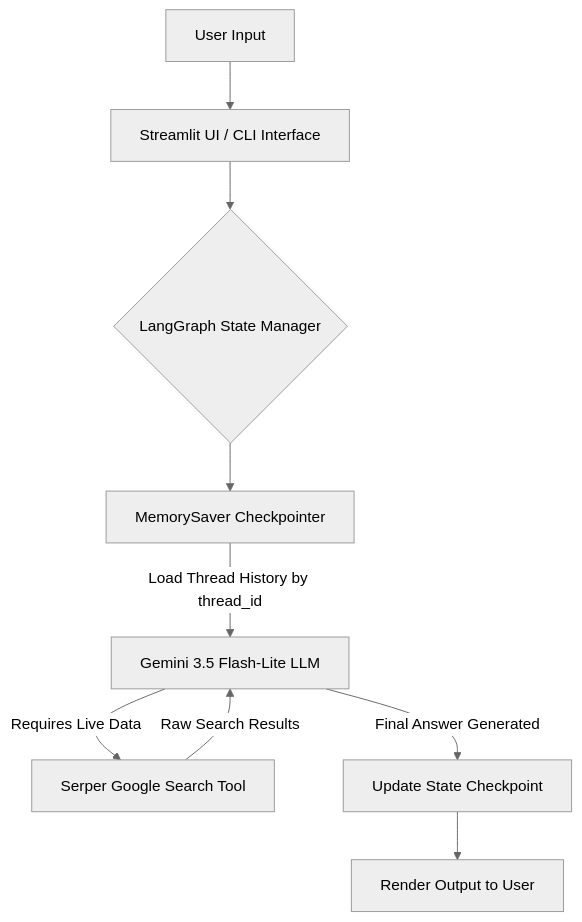
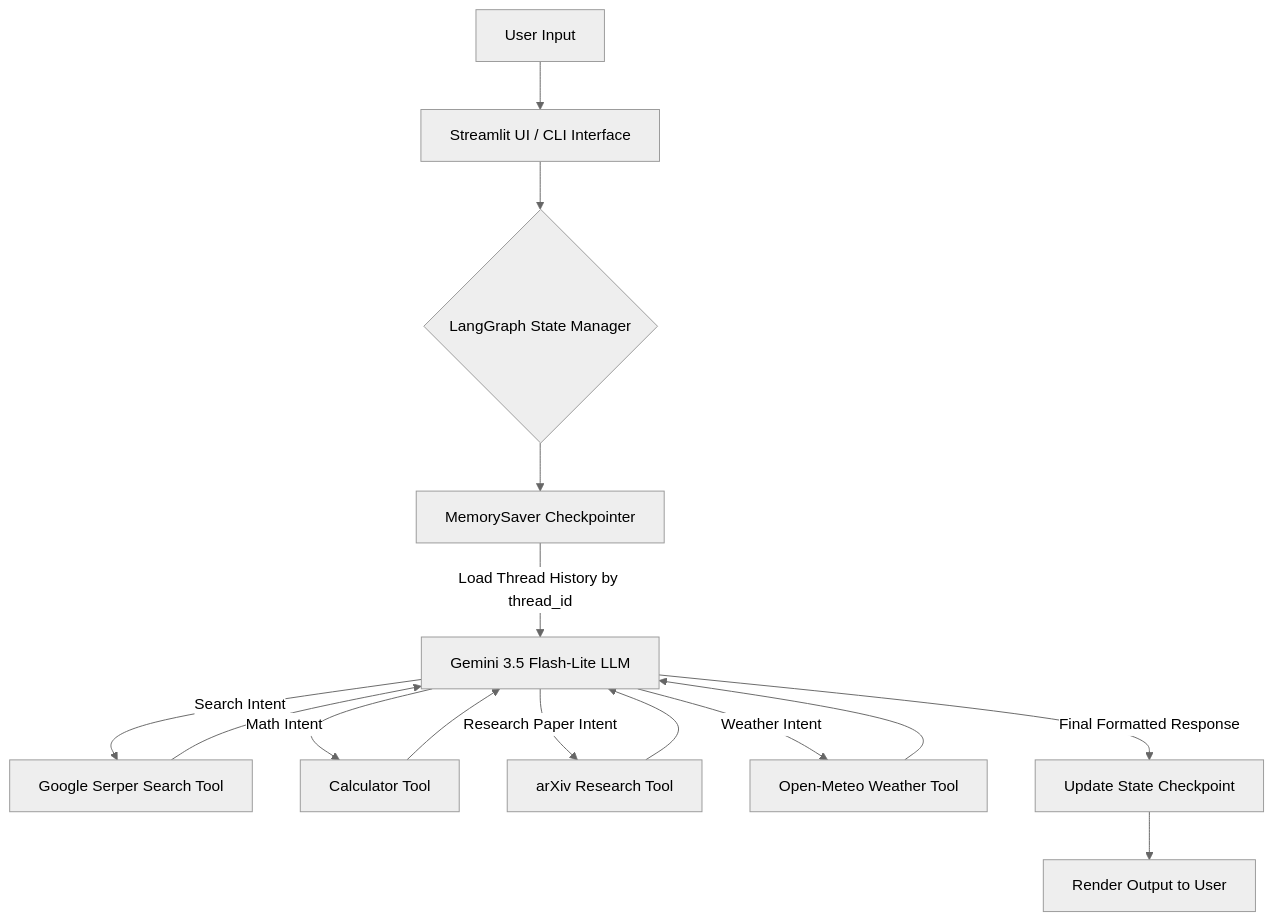
Before and after one commit to PrathmeshSalunkhe08/SearchMind-Ai: the diagram in README.md, drawn with Mermaid (neutral theme). The commit also changed other lines of this file, not shown here.

````diff
--- a/README.md
+++ b/README.md
@@ -65,13 +61,20 @@
 ```mermaid
 graph TD
     A[User Input] --> B[Streamlit UI / CLI Interface]
     B --> C{LangGraph State Manager}
     C --> D[MemorySaver Checkpointer]
     D -->|Load Thread History by thread_id| E[Gemini 3.5 Flash-Lite LLM]
     
-    E -->|Requires Live Data| F[Serper Google Search Tool]
-    F -->|Raw Search Results| E
+    E -->|Search Intent| F[Google Serper Search Tool]
+    E -->|Math Intent| G[Calculator Tool]
+    E -->|Research Paper Intent| H[arXiv Research Tool]
+    E -->|Weather Intent| I[Open-Meteo Weather Tool]
     
-    E -->|Final Answer Generated| G[Update State Checkpoint]
-    G --> H[Render Output to User]
+    F --> E
+    G --> E
+    H --> E
+    I --> E
+    
+    E -->|Final Formatted Response| J[Update State Checkpoint]
+    J --> K[Render Output to User]
 ```
````
